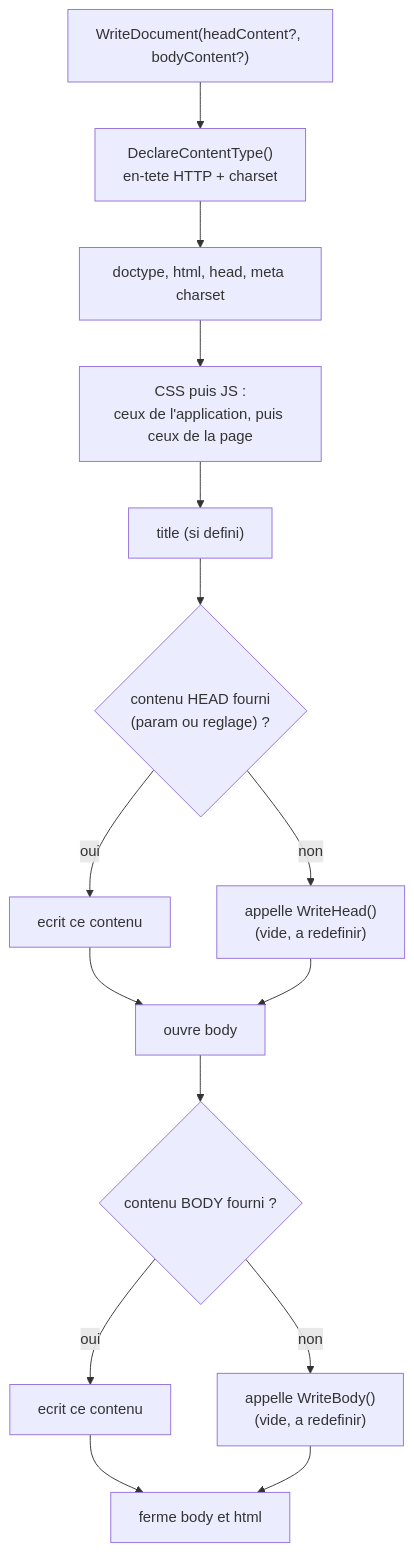
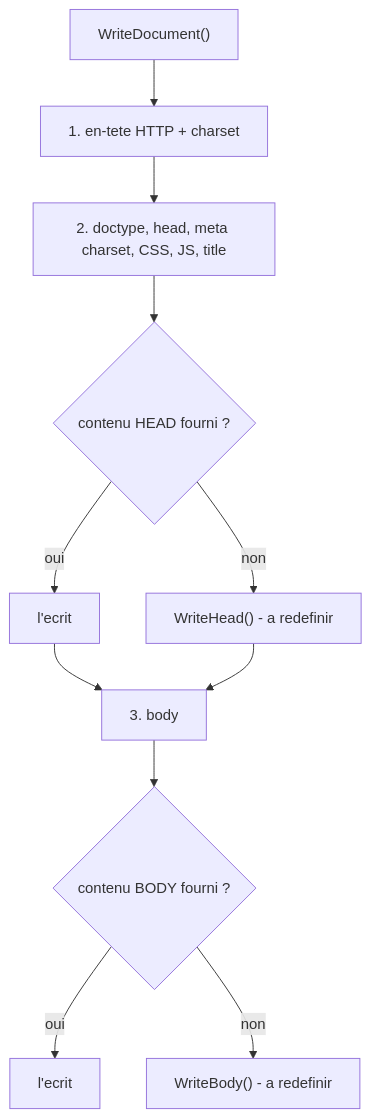
Before and after one commit to ernesthdj/PID: the diagram in docs/academique/CPage — Générer une page HTML (WriteDocument et points d'extension).md, drawn with Mermaid. The commit also changed other lines of this file and 27 other files, not shown here.

````diff
--- a/docs/academique/CPage — Générer une page HTML (WriteDocument et points d'extension).md
+++ b/docs/academique/CPage — Générer une page HTML (WriteDocument et points d'extension).md
@@ -70,17 +20,13 @@
 ```mermaid
 flowchart TD
-    W["WriteDocument(headContent?, bodyContent?)"] --> H1["DeclareContentType()<br/>en-tete HTTP + charset"]
-    H1 --> H2["doctype, html, head, meta charset"]
-    H2 --> H3["CSS puis JS :<br/>ceux de l'application, puis ceux de la page"]
-    H3 --> H4["title (si defini)"]
-    H4 --> Q1{"contenu HEAD fourni<br/>(param ou reglage) ?"}
-    Q1 -- oui --> H5["ecrit ce contenu"]
-    Q1 -- non --> H6["appelle WriteHead()<br/>(vide, a redefinir)"]
-    H5 --> B0["ouvre body"]
-    H6 --> B0
-    B0 --> Q2{"contenu BODY fourni ?"}
-    Q2 -- oui --> B1["ecrit ce contenu"]
-    Q2 -- non --> B2["appelle WriteBody()<br/>(vide, a redefinir)"]
-    B1 --> F["ferme body et html"]
-    B2 --> F
+    W["WriteDocument()"] --> H["1. en-tete HTTP + charset"]
+    H --> HD["2. doctype, head, meta charset, CSS, JS, title"]
+    HD --> Q1{"contenu HEAD fourni ?"}
+    Q1 -- oui --> A1["l'ecrit"]
+    Q1 -- non --> A2["WriteHead() - a redefinir"]
+    A1 --> B["3. body"]
+    A2 --> B
+    B --> Q2{"contenu BODY fourni ?"}
+    Q2 -- oui --> C1["l'ecrit"]
+    Q2 -- non --> C2["WriteBody() - a redefinir"]
 ```
````
